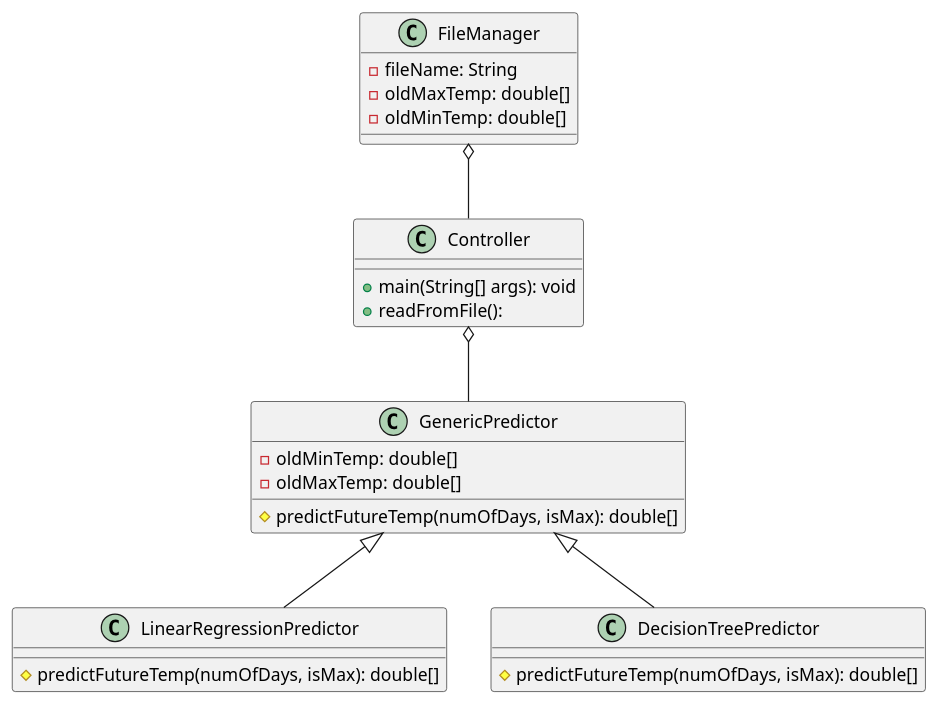
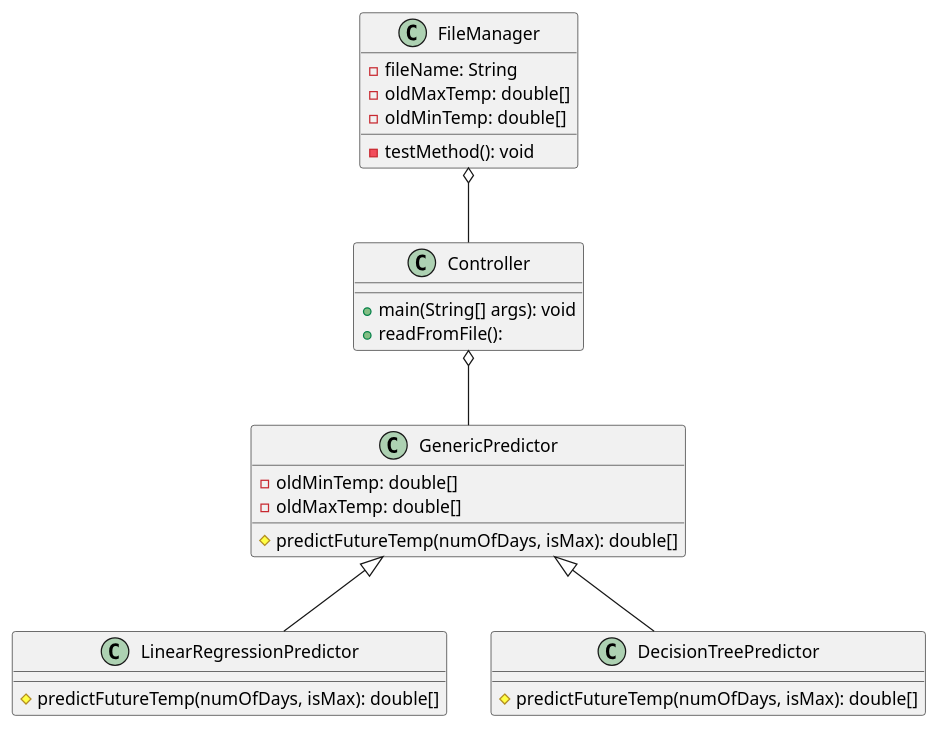
Before and after one commit to skhinda7/WeatherPrediction: the diagram in Prediction.puml, drawn with PlantUML.

Commit message:
Changed UML

```diff
--- a/Prediction.puml
+++ b/Prediction.puml
@@ -1,31 +1,32 @@
 @startuml "Prediction Model"
 
 class Controller {
     +main(String[] args): void
     +readFromFile(): 
 }
 
 class GenericPredictor {
     -oldMinTemp: double[]
     -oldMaxTemp: double[]
     #predictFutureTemp(numOfDays, isMax): double[]
 }
 
 class LinearRegressionPredictor extends GenericPredictor {
     #predictFutureTemp(numOfDays, isMax): double[]
 }
 
 class DecisionTreePredictor extends GenericPredictor {
     #predictFutureTemp(numOfDays, isMax): double[]
 }
 
 class FileManager {
     -fileName: String
     -oldMaxTemp: double[]
     -oldMinTemp: double[]
+    -testMethod(): void
 }
 
 FileManager o-- Controller
 Controller o-- GenericPredictor
 
 @enduml
```
